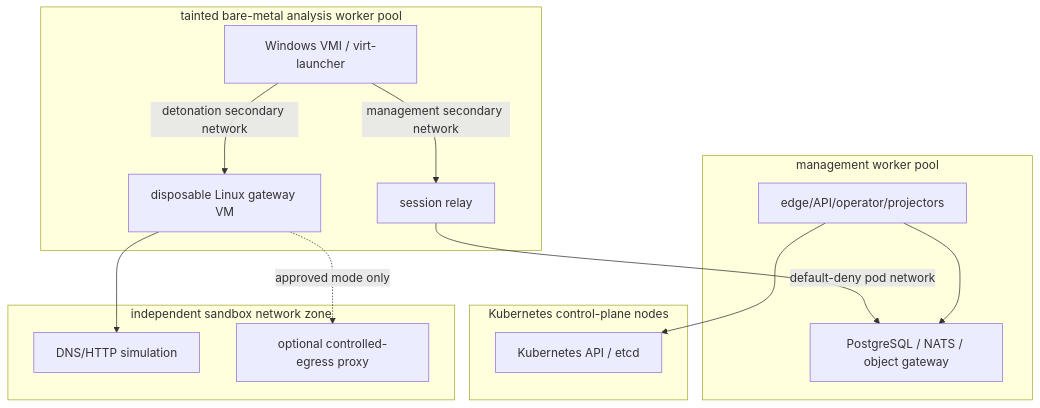
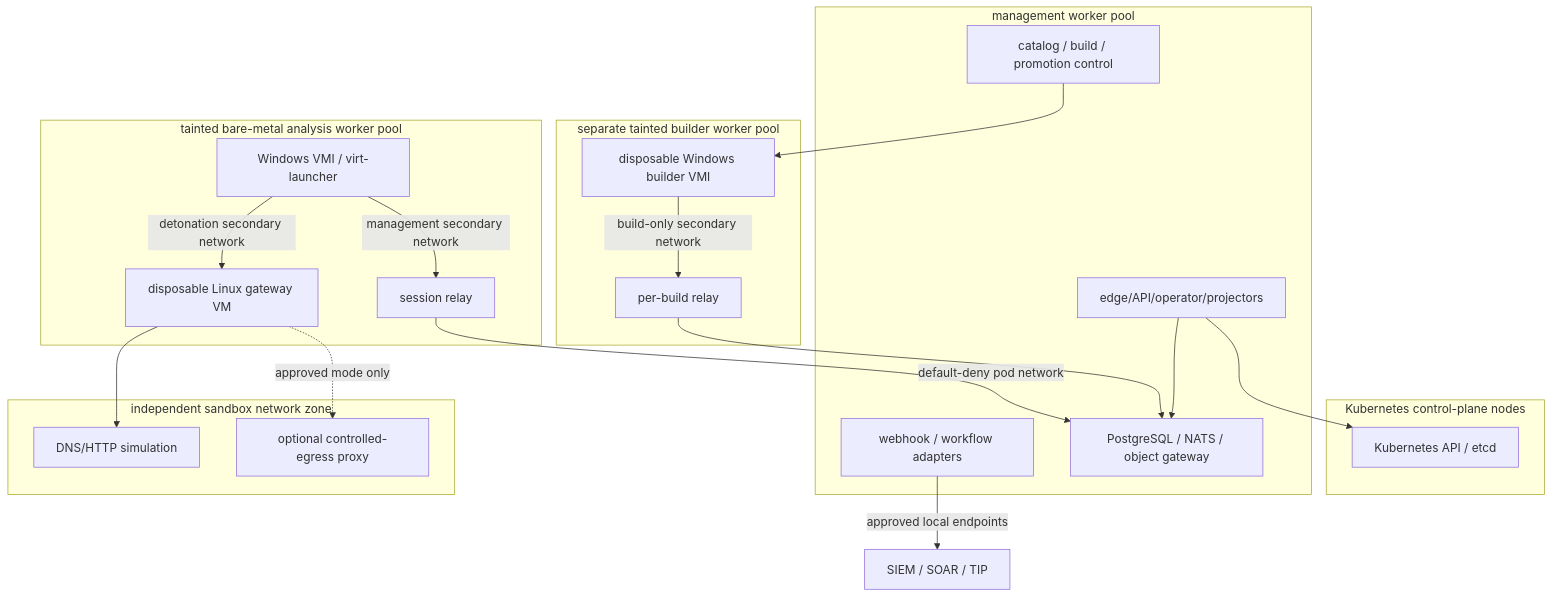
Before and after one commit to diaryfolio/MalZone: the first of 2 diagrams in docs/design/high-level/20-deployment/01-kubernetes-kubevirt.md, drawn with Mermaid. The commit also changed other lines of this file and 30 other files, not shown here.

````diff
--- a/docs/design/high-level/20-deployment/01-kubernetes-kubevirt.md
+++ b/docs/design/high-level/20-deployment/01-kubernetes-kubevirt.md
@@ -18,27 +18,37 @@
 ```mermaid
 flowchart TB
     subgraph ControlNodes["Kubernetes control-plane nodes"]
       KAPI["Kubernetes API / etcd"]
     end
     subgraph MgmtWorkers["management worker pool"]
       API["edge/API/operator/projectors"]
+      BuildControl["catalog / build / promotion control"]
+      Integrations["webhook / workflow adapters"]
       Data["PostgreSQL / NATS / object gateway"]
     end
     subgraph AnalysisWorkers["tainted bare-metal analysis worker pool"]
       VMI["Windows VMI / virt-launcher"]
       Relay["session relay"]
       NetGW["disposable Linux gateway VM"]
+    end
+    subgraph BuilderWorkers["separate tainted builder worker pool"]
+      Builder["disposable Windows builder VMI"]
+      BuildRelay["per-build relay"]
     end
     subgraph SandboxNetwork["independent sandbox network zone"]
       Sim["DNS/HTTP simulation"]
       Proxy["optional controlled-egress proxy"]
     end
 
     API --> KAPI
     API --> Data
+    BuildControl --> Builder
+    Builder -->|"build-only secondary network"| BuildRelay
+    BuildRelay --> Data
+    Integrations -->|"approved local endpoints"| LocalTools["SIEM / SOAR / TIP"]
     VMI -->|"management secondary network"| Relay
     VMI -->|"detonation secondary network"| NetGW
     NetGW --> Sim
     NetGW -. "approved mode only" .-> Proxy
     Relay -->|"default-deny pod network"| Data
 ```
````
